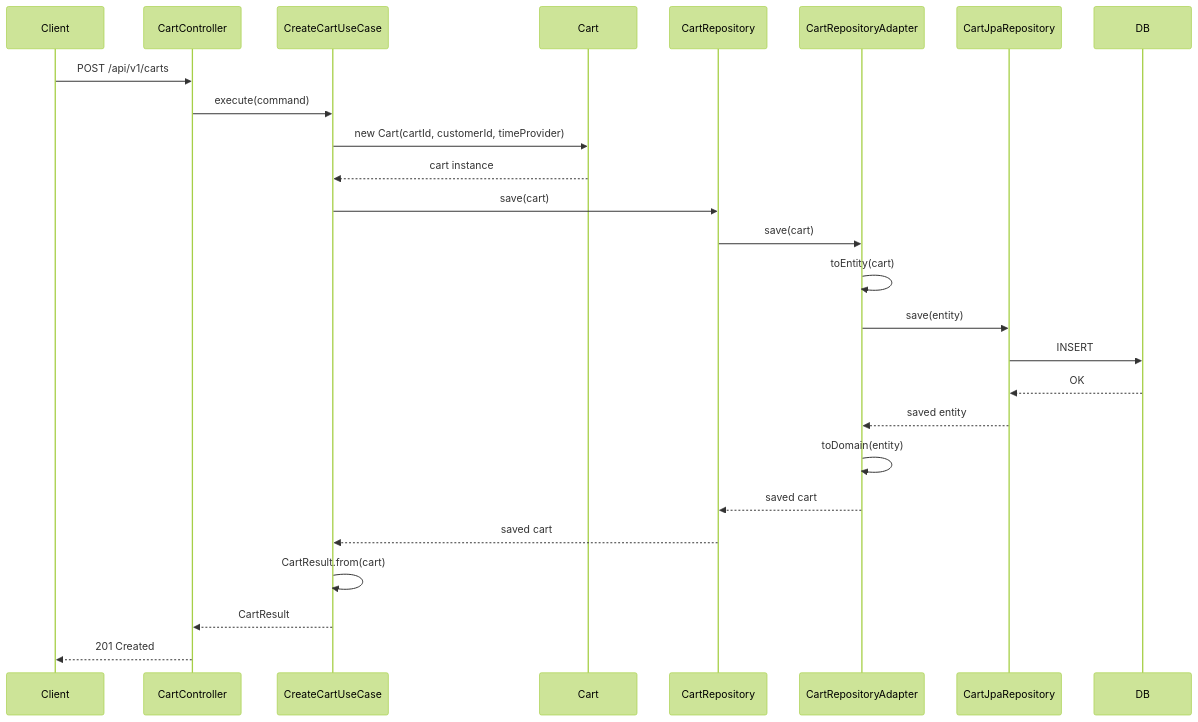
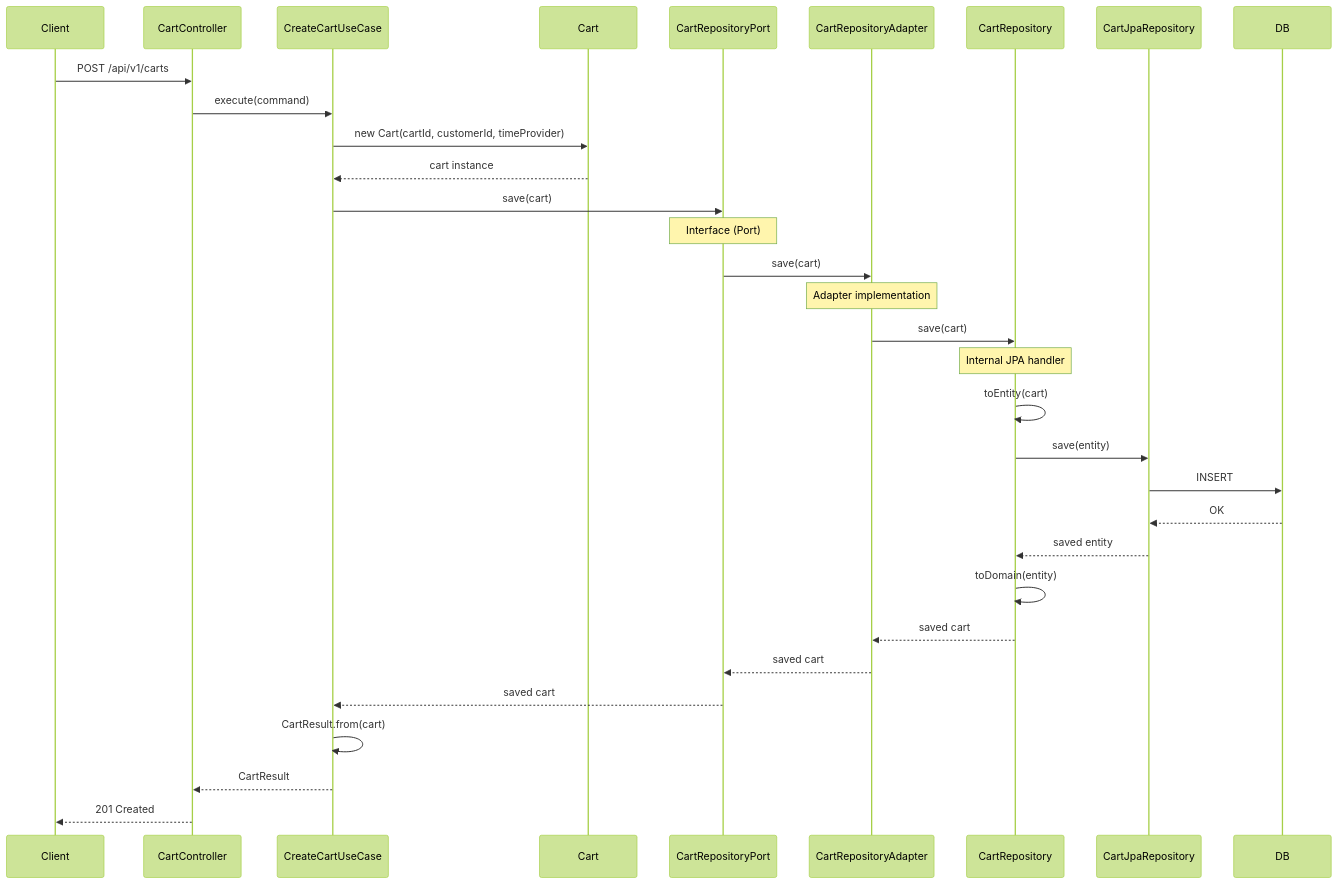
Before and after one commit to INNER-CIRCLE-ICD4/Project-3.-Commerce-2: the first of 7 diagrams in purchasing-service/hexagonal/docs/sequence-diagrams.md, drawn with Mermaid (forest theme). The commit also changed other lines of this file, not shown here.

Commit message:
다이어그램에 반영

````diff
--- a/purchasing-service/hexagonal/docs/sequence-diagrams.md
+++ b/purchasing-service/hexagonal/docs/sequence-diagrams.md
@@ -5,29 +5,35 @@
 ```mermaid
 sequenceDiagram
     participant Client
     participant CartController
     participant CreateCartUseCase
     participant Cart
+    participant CartRepositoryPort
+    participant CartRepositoryAdapter
     participant CartRepository
-    participant CartRepositoryAdapter
     participant CartJpaRepository
     participant DB
 
     Client->>CartController: POST /api/v1/carts
     CartController->>CreateCartUseCase: execute(command)
     CreateCartUseCase->>Cart: new Cart(cartId, customerId, timeProvider)
     Cart-->>CreateCartUseCase: cart instance
-    CreateCartUseCase->>CartRepository: save(cart)
-    CartRepository->>CartRepositoryAdapter: save(cart)
-    CartRepositoryAdapter->>CartRepositoryAdapter: toEntity(cart)
-    CartRepositoryAdapter->>CartJpaRepository: save(entity)
+    CreateCartUseCase->>CartRepositoryPort: save(cart)
+    Note over CartRepositoryPort: Interface (Port)
+    CartRepositoryPort->>CartRepositoryAdapter: save(cart)
+    Note over CartRepositoryAdapter: Adapter implementation
+    CartRepositoryAdapter->>CartRepository: save(cart)
+    Note over CartRepository: Internal JPA handler
+    CartRepository->>CartRepository: toEntity(cart)
+    CartRepository->>CartJpaRepository: save(entity)
     CartJpaRepository->>DB: INSERT
     DB-->>CartJpaRepository: OK
-    CartJpaRepository-->>CartRepositoryAdapter: saved entity
-    CartRepositoryAdapter->>CartRepositoryAdapter: toDomain(entity)
-    CartRepositoryAdapter-->>CartRepository: saved cart
-    CartRepository-->>CreateCartUseCase: saved cart
+    CartJpaRepository-->>CartRepository: saved entity
+    CartRepository->>CartRepository: toDomain(entity)
+    CartRepository-->>CartRepositoryAdapter: saved cart
+    CartRepositoryAdapter-->>CartRepositoryPort: saved cart
+    CartRepositoryPort-->>CreateCartUseCase: saved cart
     CreateCartUseCase->>CreateCartUseCase: CartResult.from(cart)
     CreateCartUseCase-->>CartController: CartResult
     CartController-->>Client: 201 Created
 ```
````
